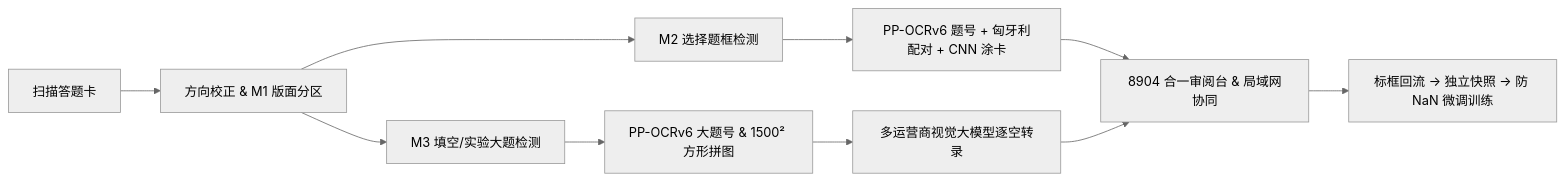
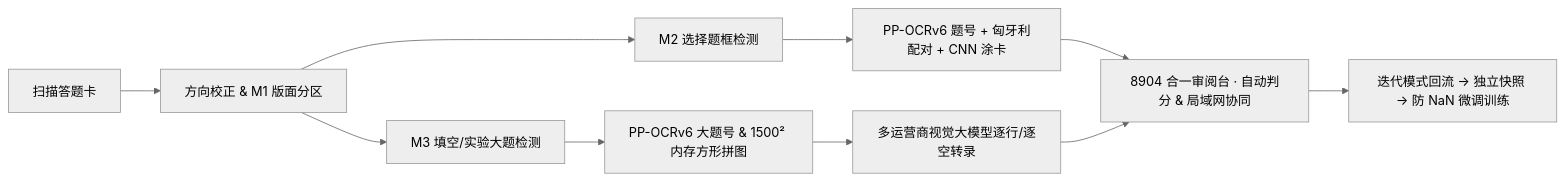
The diagram in README.md (KJNSAIUDHWI/my_first_project), drawn with Mermaid (neutral theme) before and after one commit. The commit also changed other lines of this file and 7 other files, not shown here.

````diff
--- a/README.md
+++ b/README.md
@@ -85,12 +130,12 @@
 ```mermaid
 flowchart LR
     A[扫描答题卡] --> B[方向校正 & M1 版面分区]
     B --> C[M2 选择题框检测]
     C --> D[PP-OCRv6 题号 + 匈牙利配对 + CNN 涂卡]
     B --> E[M3 填空/实验大题检测]
-    E --> F[PP-OCRv6 大题号 & 1500² 方形拼图]
-    F --> G[多运营商视觉大模型逐空转录]
-    D --> H[8904 合一审阅台 & 局域网协同]
+    E --> F[PP-OCRv6 大题号 & 1500² 内存方形拼图]
+    F --> G[多运营商视觉大模型逐行/逐空转录]
+    D --> H[8904 合一审阅台 · 自动判分 & 局域网协同]
     G --> H
-    H --> I[标框回流 → 独立快照 → 防 NaN 微调训练]
+    H --> I[迭代模式回流 → 独立快照 → 防 NaN 微调训练]
 ```
````
